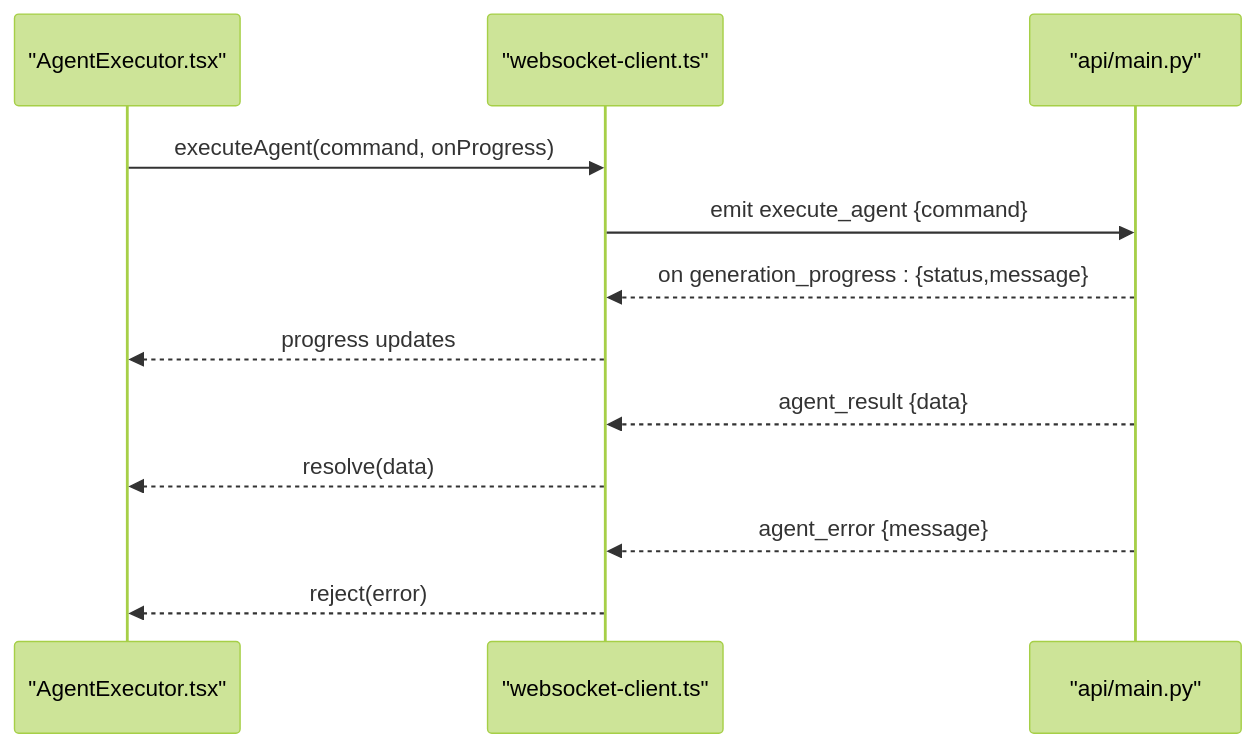
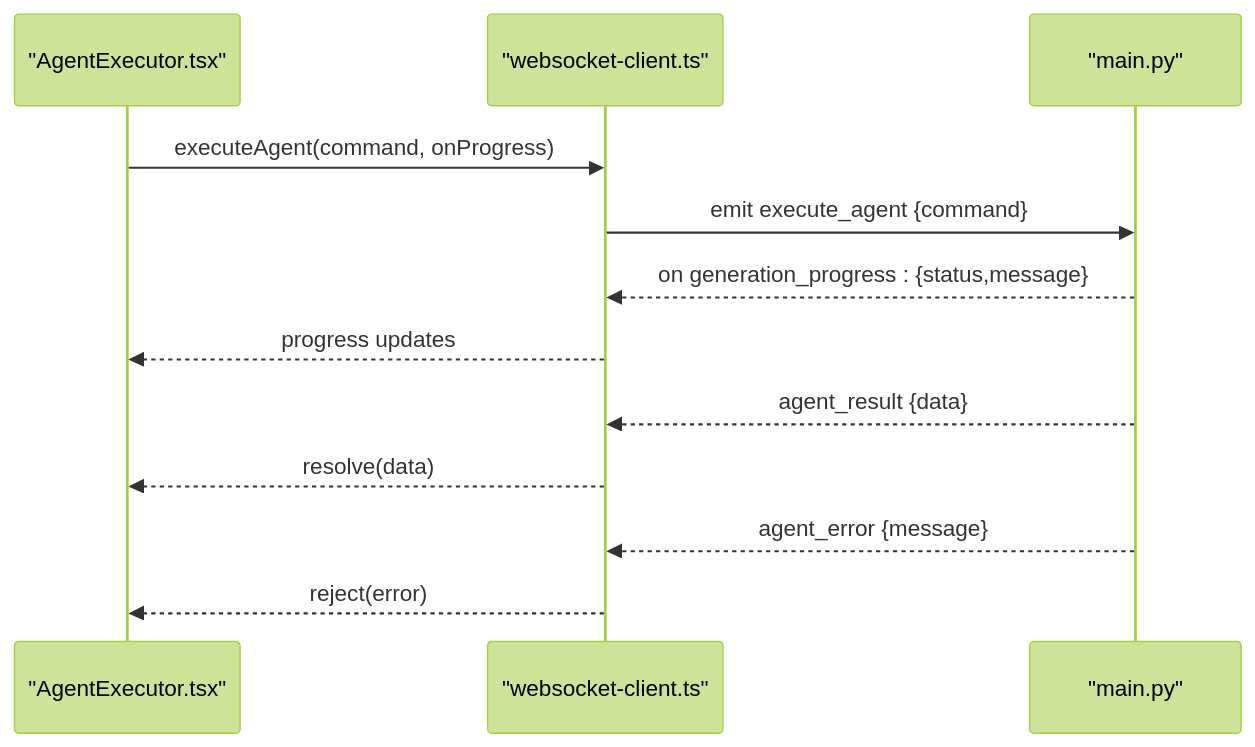
Before and after one commit to tashifkhan/tashif.codes: the sixth of 9 diagrams in src/data/docs/agentic-browser/Browser Extension/Agent Execution Engine.md, drawn with Mermaid (forest theme). The commit also changed other lines of this file and 2128 other files, not shown here.

First line of the commit message:
docs: replace raster diagram images with native Mermaid across project guides

````diff
--- a/src/data/docs/agentic-browser/Browser Extension/Agent Execution Engine.md
+++ b/src/data/docs/agentic-browser/Browser Extension/Agent Execution Engine.md
@@ -208,14 +200,14 @@
 ```mermaid
 sequenceDiagram
 participant UI as "AgentExecutor.tsx"
 participant WS as "websocket-client.ts"
-participant API as "api/main.py"
+participant API as "main.py"
 UI->>WS : executeAgent(command, onProgress)
 WS->>API : emit execute_agent {command}
 API-->>WS : on generation_progress : {status,message}
 WS-->>UI : progress updates
 API-->>WS : agent_result {data}
 WS-->>UI : resolve(data)
 API-->>WS : agent_error {message}
 WS-->>UI : reject(error)
 ```
````
